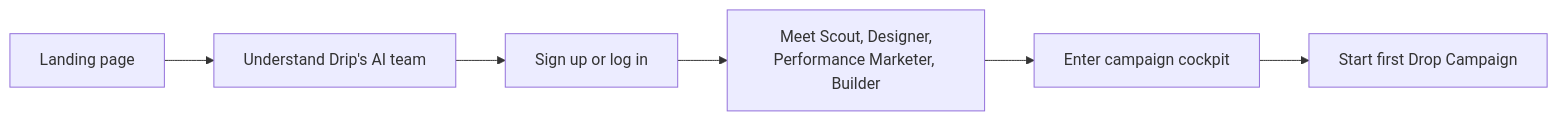
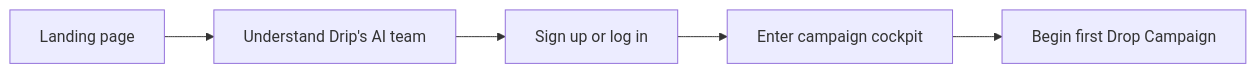
One commit to neilsanghrajka/drip changed the second of 6 diagrams in docs/PRD.md. Above: the diagram before and after it, drawn with Mermaid. The commit also changed other lines of this file and 26 other files, not shown here.

Commit message:
Complete drop cockpit integration

````diff
--- a/docs/PRD.md
+++ b/docs/PRD.md
@@ -216,11 +207,10 @@
 ```mermaid
 flowchart LR
   A["Landing page"]
   B["Understand Drip's AI team"]
   C["Sign up or log in"]
-  D["Meet Scout, Designer,<br/>Performance Marketer, Builder"]
-  E["Enter campaign cockpit"]
-  F["Start first Drop Campaign"]
+  D["Enter campaign cockpit"]
+  E["Begin first Drop Campaign"]
 
-  A --> B --> C --> D --> E --> F
+  A --> B --> C --> D --> E
 ```
````
